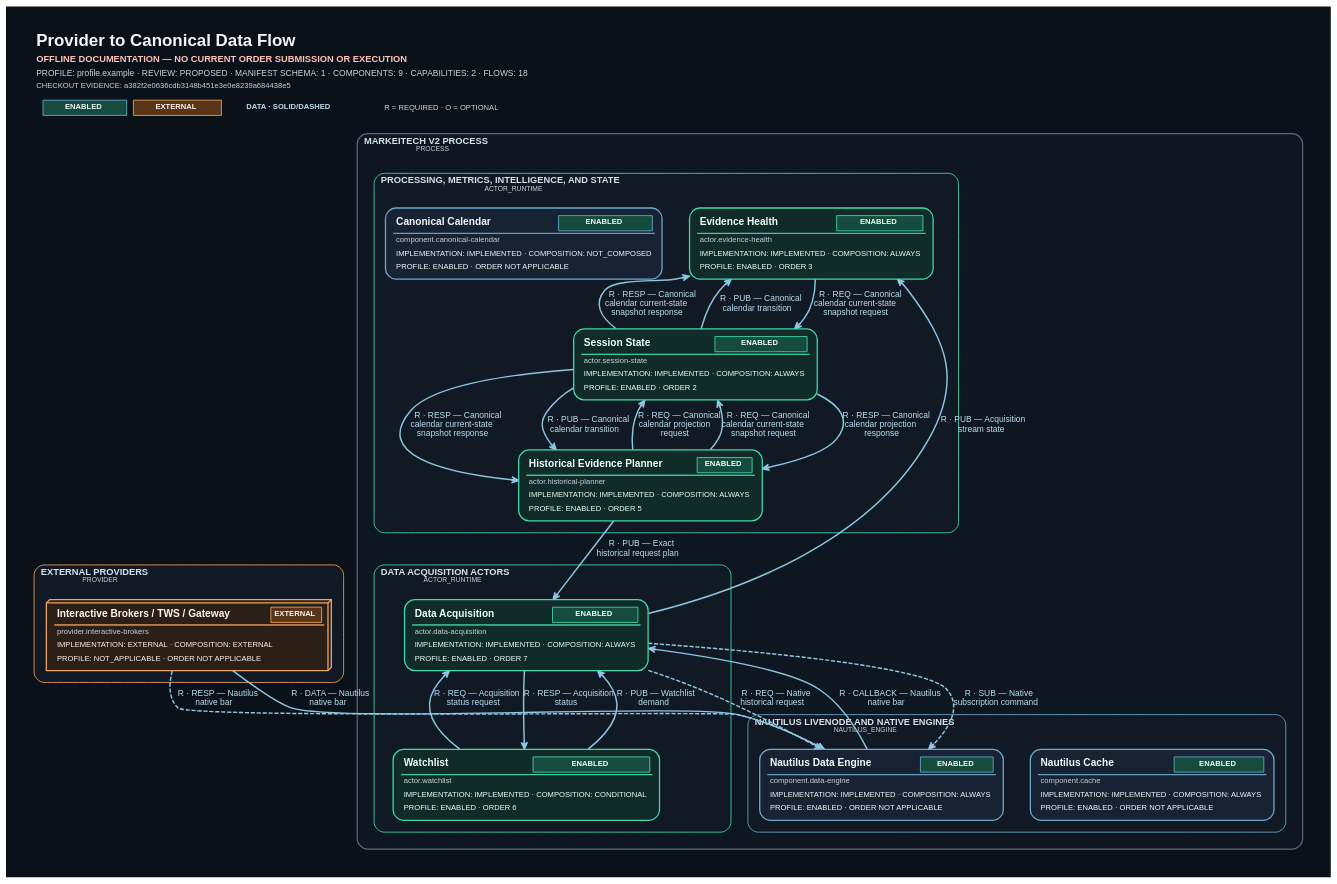
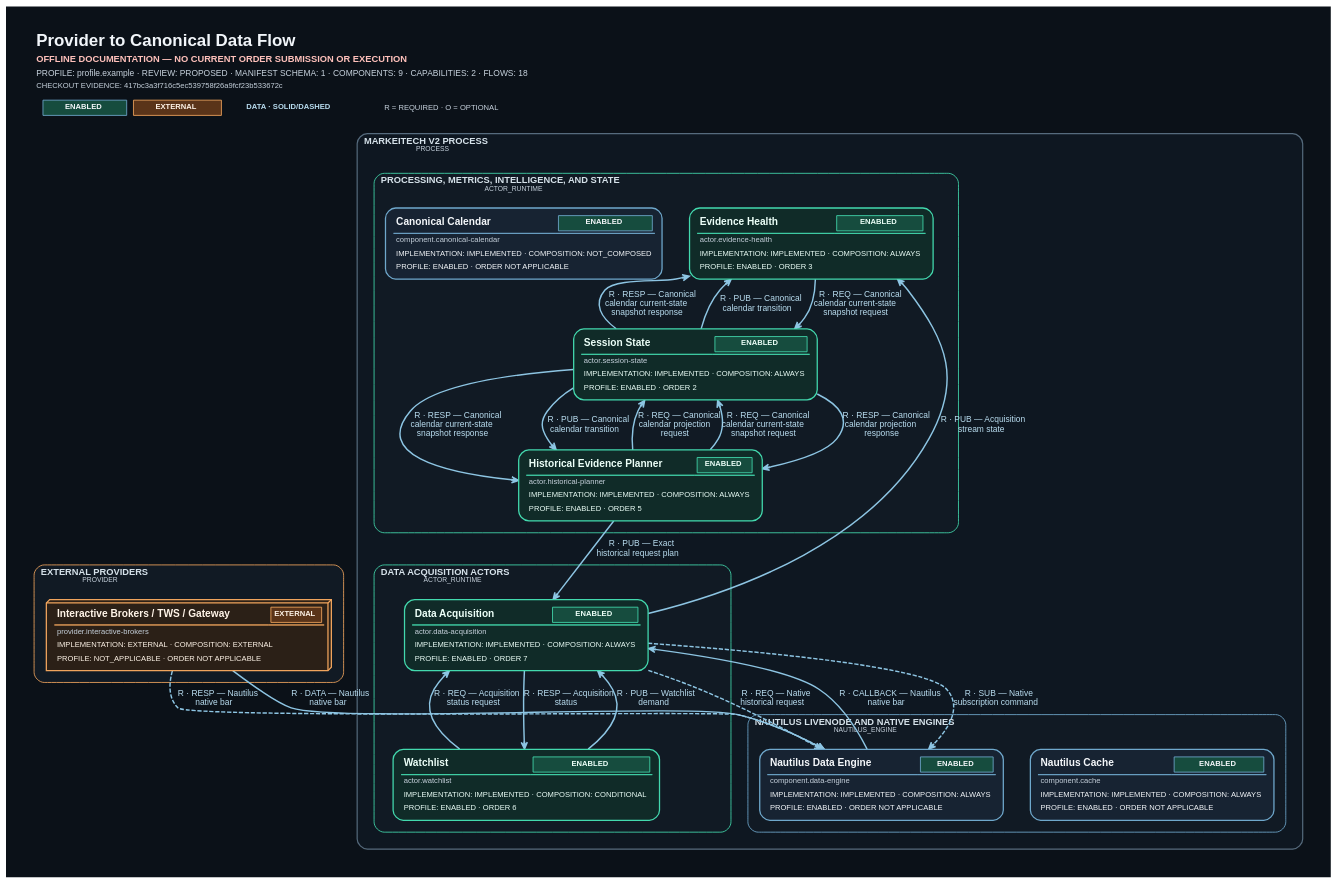
One commit to ShriekinNinja/Markeitech_V2 changed the diagram in tools/system-diagram/docs/generated/provider-canonical-data.dot. Above: the diagram before and after it, drawn with Graphviz. The commit also changed 70 other files, not shown here.

```diff
--- a/tools/system-diagram/docs/generated/provider-canonical-data.dot
+++ b/tools/system-diagram/docs/generated/provider-canonical-data.dot
@@ -1,5 +1,5 @@
 digraph "Provider to Canonical Data Flow" {
-	graph [bgcolor="#0B1118" fontcolor="#F2F6FA" fontname=Helvetica fontsize=18 forcelabels=true label=<<TABLE BORDER="0" CELLBORDER="0" CELLSPACING="0" CELLPADDING="2"><TR><TD ALIGN="LEFT"><FONT COLOR="#F2F6FA" POINT-SIZE="20"><B>Provider to Canonical Data Flow</B></FONT></TD></TR><TR><TD ALIGN="LEFT"><FONT COLOR="#FFC1BB" POINT-SIZE="11"><B>OFFLINE DOCUMENTATION &#8212; NO CURRENT ORDER SUBMISSION OR EXECUTION</B></FONT></TD></TR><TR><TD ALIGN="LEFT"><FONT COLOR="#C7D2DD" POINT-SIZE="10">PROFILE: profile.example &#183; REVIEW: PROPOSED &#183; MANIFEST SCHEMA: 1 &#183; COMPONENTS: 9 &#183; CAPABILITIES: 2 &#183; FLOWS: 18</FONT></TD></TR><TR><TD ALIGN="LEFT"><FONT COLOR="#C7D2DD" POINT-SIZE="9">CHECKOUT EVIDENCE: a382f2e0636cdb3148b451e3e0e8239a684438e5</FONT></TD></TR><TR><TD ALIGN="LEFT"><TABLE BORDER="0" CELLBORDER="0" CELLSPACING="8" CELLPADDING="0"><TR><TD><TABLE BORDER="1" CELLBORDER="0" CELLSPACING="0" CELLPADDING="3" COLOR="#6FA8CC" BGCOLOR="#164C3E"><TR><TD><FONT COLOR="#F4F7FA" POINT-SIZE="9"><B>ENABLED</B></FONT></TD></TR></TABLE></TD><TD><TABLE BORDER="1" CELLBORDER="0" CELLSPACING="0" CELLPADDING="3" COLOR="#F0A45D" BGCOLOR="#5A3419"><TR><TD><FONT COLOR="#FFF4E8" POINT-SIZE="9"><B>EXTERNAL</B></FONT></TD></TR></TABLE></TD><TD><FONT COLOR="#B9DDF0" POINT-SIZE="9"><B>DATA · SOLID/DASHED</B></FONT></TD><TD><FONT COLOR="#C7D2DD" POINT-SIZE="9">R = REQUIRED &#183; O = OPTIONAL</FONT></TD></TR></TABLE></TD></TR></TABLE>> labeljust=l labelloc=t margin=0.15 nodesep=0.45 outputorder=edgesfirst overlap=false pack=true packmode="graph" pad=0.35 rankdir=TB ranksep=0.35 splines=spline]
+	graph [bgcolor="#0B1118" fontcolor="#F2F6FA" fontname=Helvetica fontsize=18 forcelabels=true label=<<TABLE BORDER="0" CELLBORDER="0" CELLSPACING="0" CELLPADDING="2"><TR><TD ALIGN="LEFT"><FONT COLOR="#F2F6FA" POINT-SIZE="20"><B>Provider to Canonical Data Flow</B></FONT></TD></TR><TR><TD ALIGN="LEFT"><FONT COLOR="#FFC1BB" POINT-SIZE="11"><B>OFFLINE DOCUMENTATION &#8212; NO CURRENT ORDER SUBMISSION OR EXECUTION</B></FONT></TD></TR><TR><TD ALIGN="LEFT"><FONT COLOR="#C7D2DD" POINT-SIZE="10">PROFILE: profile.example &#183; REVIEW: PROPOSED &#183; MANIFEST SCHEMA: 1 &#183; COMPONENTS: 9 &#183; CAPABILITIES: 2 &#183; FLOWS: 18</FONT></TD></TR><TR><TD ALIGN="LEFT"><FONT COLOR="#C7D2DD" POINT-SIZE="9">CHECKOUT EVIDENCE: 417bc3a3f716c5ec539758f26a9fcf23b533672c</FONT></TD></TR><TR><TD ALIGN="LEFT"><TABLE BORDER="0" CELLBORDER="0" CELLSPACING="8" CELLPADDING="0"><TR><TD><TABLE BORDER="1" CELLBORDER="0" CELLSPACING="0" CELLPADDING="3" COLOR="#6FA8CC" BGCOLOR="#164C3E"><TR><TD><FONT COLOR="#F4F7FA" POINT-SIZE="9"><B>ENABLED</B></FONT></TD></TR></TABLE></TD><TD><TABLE BORDER="1" CELLBORDER="0" CELLSPACING="0" CELLPADDING="3" COLOR="#F0A45D" BGCOLOR="#5A3419"><TR><TD><FONT COLOR="#FFF4E8" POINT-SIZE="9"><B>EXTERNAL</B></FONT></TD></TR></TABLE></TD><TD><FONT COLOR="#B9DDF0" POINT-SIZE="9"><B>DATA · SOLID/DASHED</B></FONT></TD><TD><FONT COLOR="#C7D2DD" POINT-SIZE="9">R = REQUIRED &#183; O = OPTIONAL</FONT></TD></TR></TABLE></TD></TR></TABLE>> labeljust=l labelloc=t margin=0.15 nodesep=0.45 outputorder=edgesfirst overlap=false pack=true packmode="graph" pad=0.35 rankdir=TB ranksep=0.35 splines=spline]
 	node [fixedsize=false fontcolor="#F4F7FA" fontname=Helvetica fontsize=10 height=0.9 imagescale=true labelloc=b margin="0.12,0.08" shape=box style=rounded width=2.2]
 	edge [arrowsize=0.8 color="#8DC5E3" fontcolor="#B9DDF0" fontname=Helvetica fontsize=9]
 	subgraph "cluster_Markeitech V2 process" {
```
